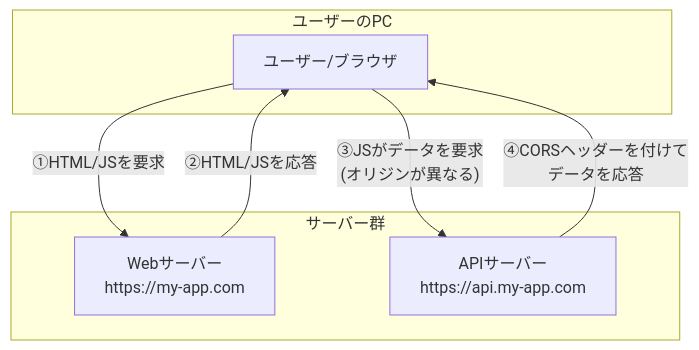
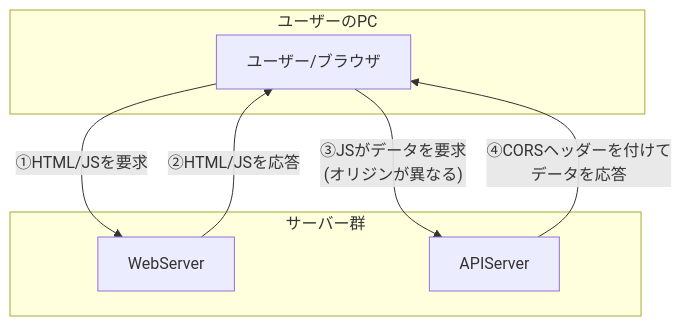
One commit to y-omasa-kbc/doc-manuals-tutorials changed the diagram in general/web/about-cors.md. Above: the diagram before and after it, drawn with Mermaid. The commit also changed other lines of this file, not shown here.

Commit message:
fix: Wrong use of markdown modifier

````diff
--- a/general/web/about-cors.md
+++ b/general/web/about-cors.md
@@ -6,16 +6,16 @@
 ```mermaid
 graph TD  
     subgraph "ユーザーのPC"  
         User[ユーザー/ブラウザ]  
     end
 
     subgraph "サーバー群"  
-        WebServer[Webサーバー<br>https://my-app.com]  
-        ApiServer[APIサーバー<br>https://api.my-app.com]  
+        WebServer  
+        APIServer  
     end
 
     User -- ①HTML/JSを要求 --> WebServer
     WebServer -- ②HTML/JSを応答 --> User  
-    User -- ③JSがデータを要求<br>(オリジンが異なる) --> ApiServer  
-    ApiServer -- ④CORSヘッダーを付けて<br>データを応答 --> User
+    User -- ③JSがデータを要求<br>(オリジンが異なる) --> APIServer  
+    APIServer -- ④CORSヘッダーを付けて<br>データを応答 --> User
 ```
````
